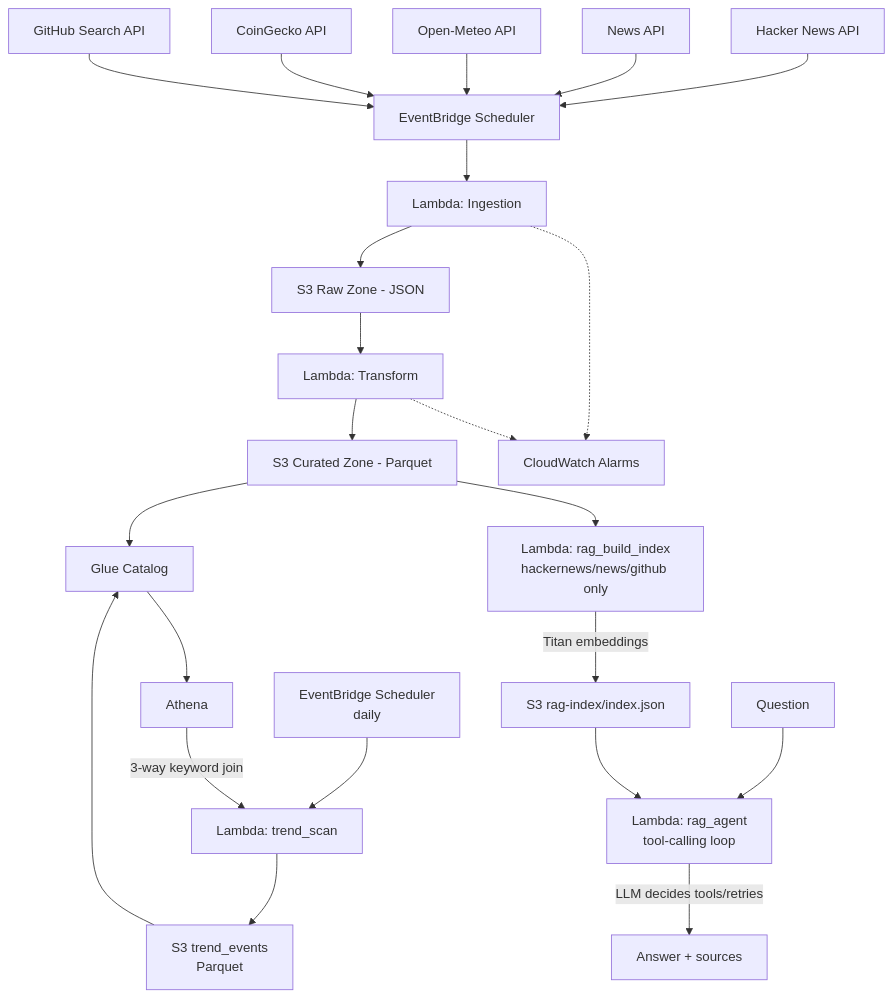
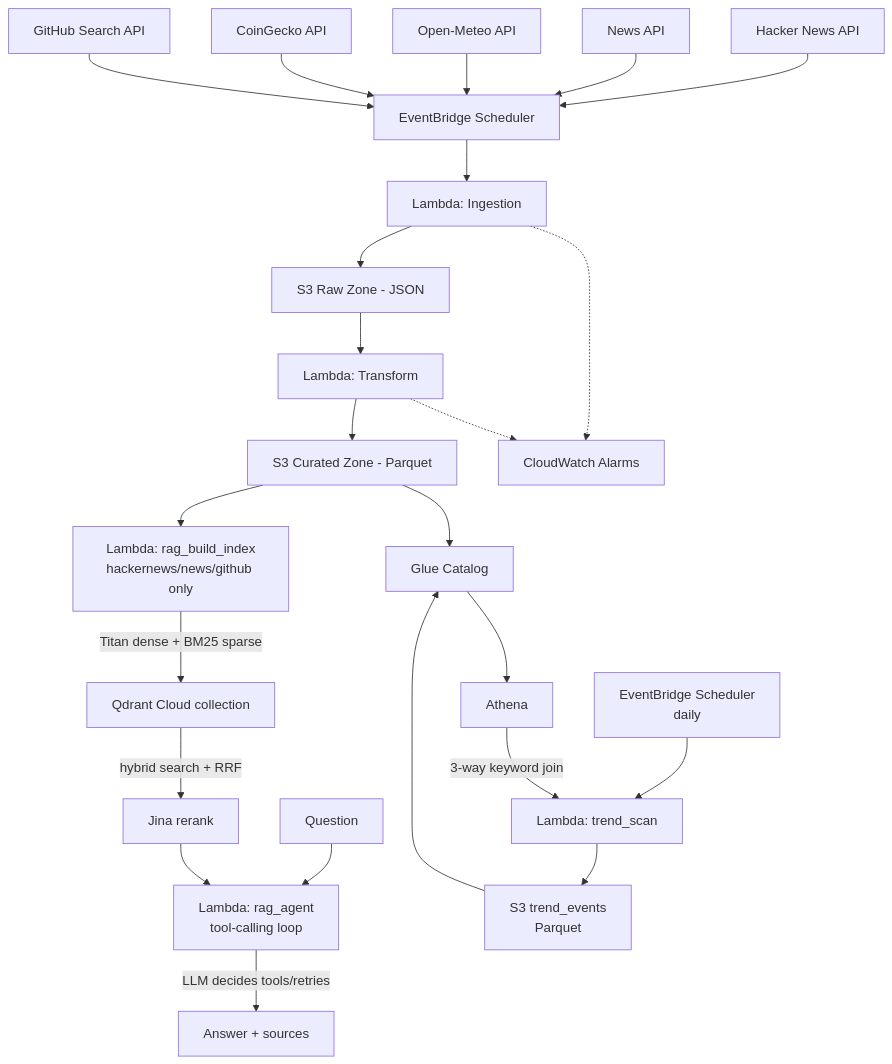
The diagram in README.md (coderuit3k/realtime-data-pipeline), drawn with Mermaid before and after one commit. The commit also changed other lines of this file and 4 other files, not shown here.

Commit message:
chore: remove everything tied to the old S3 index.json

````diff
--- a/README.md
+++ b/README.md
@@ -11,28 +11,29 @@
 ```mermaid
 flowchart TD
     A[Hacker News API] --> C[EventBridge Scheduler]
     B[News API] --> C
     W[Open-Meteo API] --> C
     P[CoinGecko API] --> C
     GH[GitHub Search API] --> C
     C --> D[Lambda: Ingestion]
     D --> E[S3 Raw Zone - JSON]
     E --> F[Lambda: Transform]
     F --> G[S3 Curated Zone - Parquet]
     G --> H[Glue Catalog]
     H --> I[Athena]
     D -.-> J[CloudWatch Alarms]
     F -.-> J
 
     G --> K[Lambda: rag_build_index<br/>hackernews/news/github only]
-    K -->|Titan embeddings| L[S3 rag-index/index.json]
+    K -->|Titan dense + BM25 sparse| L[Qdrant Cloud collection]
 
     Q[Question] --> AG[Lambda: rag_agent<br/>tool-calling loop]
-    L --> AG
+    L -->|hybrid search + RRF| RR[Jina rerank]
+    RR --> AG
     AG -->|LLM decides tools/retries| R2[Answer + sources]
 
     T[EventBridge Scheduler<br/>daily] --> TS[Lambda: trend_scan]
     I -->|3-way keyword join| TS
     TS --> TE[S3 trend_events<br/>Parquet]
     TE --> H
 ```
````
